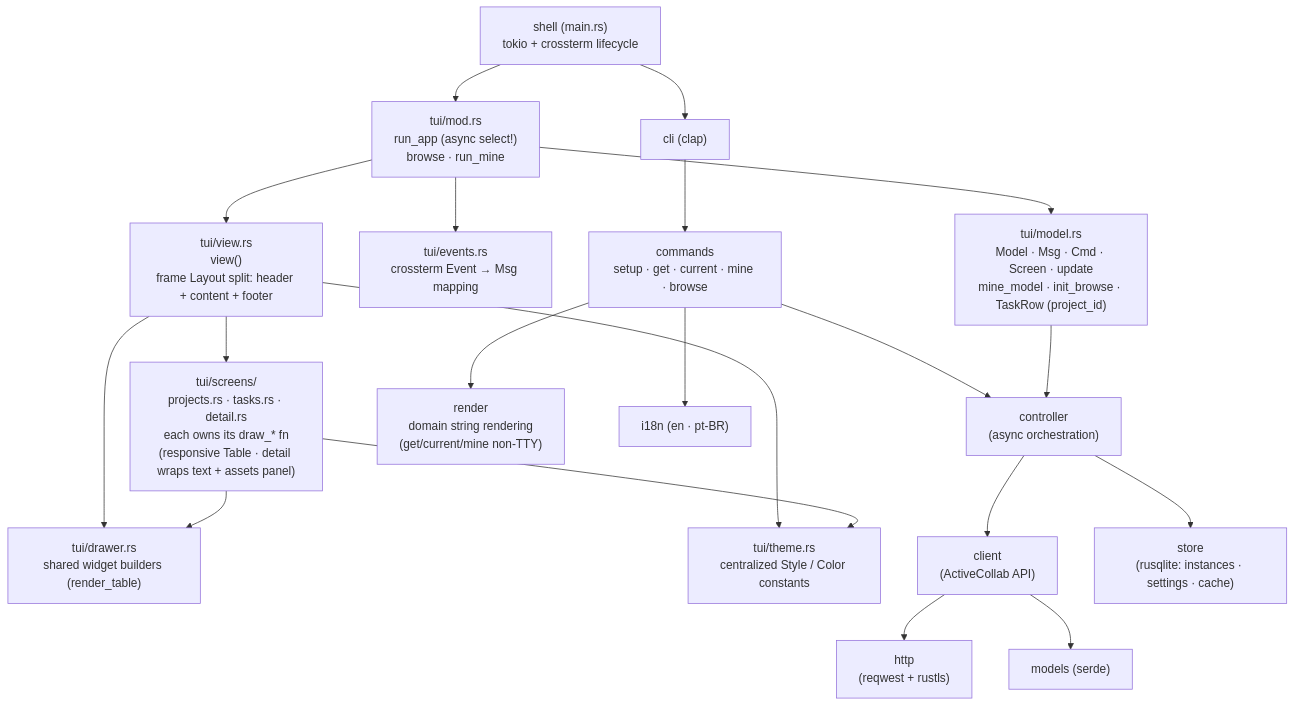
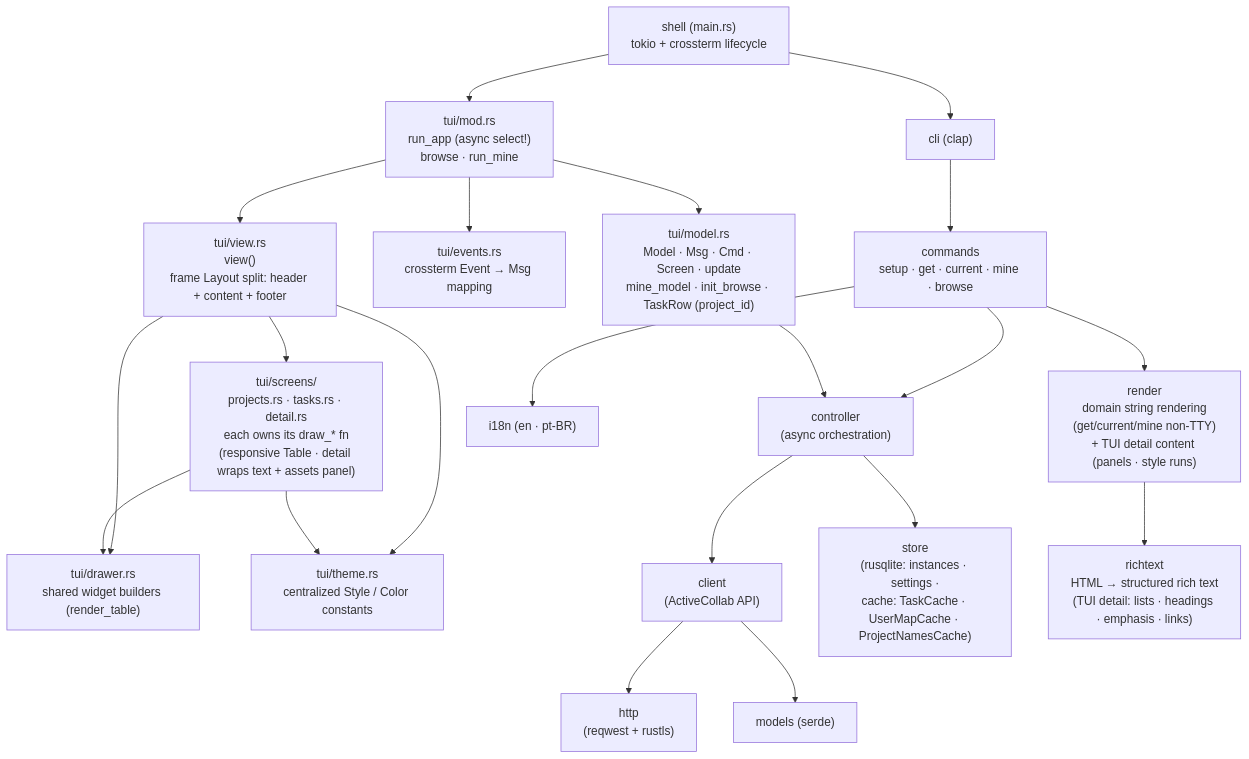
One commit to ejklock/active-collab-cli changed the first of 2 diagrams in docs/architecture.md. Above: the diagram before and after it, drawn with Mermaid. The commit also changed other lines of this file and 42 other files, not shown here.

First line of the commit message:
feat: tui text selection, tty-default mine, swr name cache, richtext detail + render refactor

````diff
--- a/docs/architecture.md
+++ b/docs/architecture.md
@@ -20,22 +20,23 @@
 ```mermaid
 flowchart TD
     main["shell (main.rs)\ntokio + crossterm lifecycle"] --> tui["tui/mod.rs\nrun_app (async select!)\nbrowse · run_mine"]
     tui --> model["tui/model.rs\nModel · Msg · Cmd · Screen · update\nmine_model · init_browse · TaskRow (project_id)"]
     tui --> events["tui/events.rs\ncrossterm Event → Msg mapping"]
     tui --> view["tui/view.rs\nview()\nframe Layout split: header + content + footer"]
     view --> screens["tui/screens/\nprojects.rs · tasks.rs · detail.rs\neach owns its draw_* fn\n(responsive Table · detail wraps text + assets panel)"]
     view --> drawer["tui/drawer.rs\nshared widget builders (render_table)"]
     view --> theme["tui/theme.rs\ncentralized Style / Color constants"]
     screens --> drawer
     screens --> theme
     main --> cli["cli (clap)"]
     cli --> commands["commands\nsetup · get · current · mine · browse"]
     commands --> controller["controller\n(async orchestration)"]
     model --> controller
     controller --> client["client\n(ActiveCollab API)"]
     client --> http["http\n(reqwest + rustls)"]
-    controller --> store["store\n(rusqlite: instances · settings · cache)"]
-    commands --> render["render\ndomain string rendering\n(get/current/mine non-TTY)"]
+    controller --> store["store\n(rusqlite: instances · settings ·\ncache: TaskCache · UserMapCache · ProjectNamesCache)"]
+    commands --> render["render\ndomain string rendering\n(get/current/mine non-TTY)\n+ TUI detail content (panels · style runs)"]
+    render --> richtext["richtext\nHTML → structured rich text\n(TUI detail: lists · headings · emphasis · links)"]
     commands --> i18n["i18n (en · pt-BR)"]
     client --> models["models (serde)"]
 ```
````
